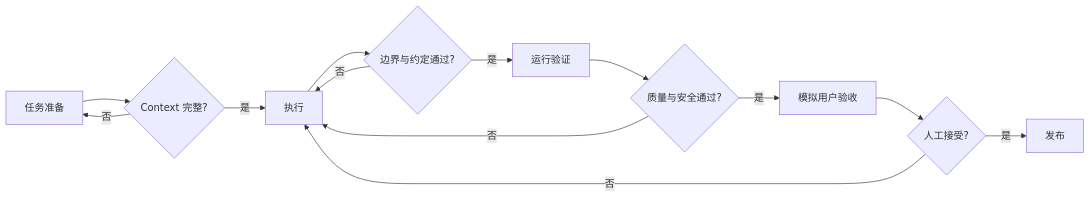
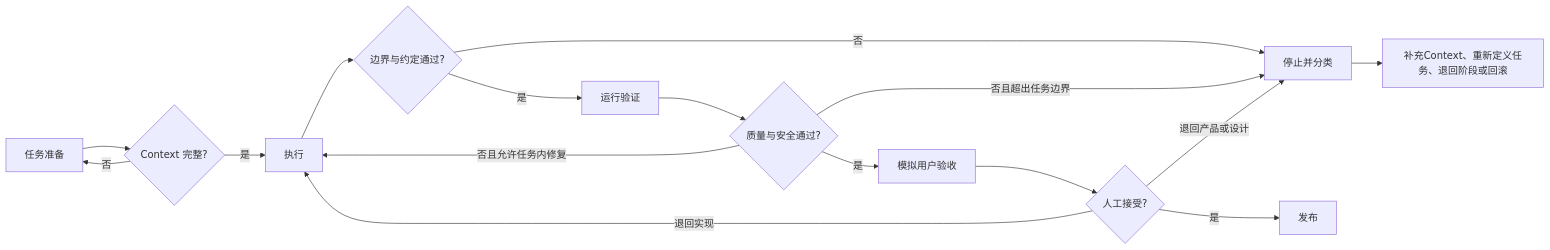
One commit to zhidao-studio/ai-product-engineering-framework changed the fourth of 4 diagrams in 05_Harness工程/执行控制与检查关卡.md. Above: the diagram before and after it, drawn with Mermaid. The commit also changed other lines of this file and 2 other files, not shown here.

````diff
--- a/05_Harness工程/执行控制与检查关卡.md
+++ b/05_Harness工程/执行控制与检查关卡.md
@@ -45,15 +105,18 @@
 ```mermaid
 flowchart LR
     A[任务准备] --> G1{Context 完整?}
     G1 -->|否| A
     G1 -->|是| B[执行]
     B --> G2{边界与约定通过?}
-    G2 -->|否| B
+    G2 -->|否| X[停止并分类]
     G2 -->|是| C[运行验证]
     C --> G3{质量与安全通过?}
-    G3 -->|否| B
+    G3 -->|否且允许任务内修复| B
+    G3 -->|否且超出任务边界| X
     G3 -->|是| D[模拟用户验收]
     D --> G4{人工接受?}
-    G4 -->|否| B
+    G4 -->|退回实现| B
+    G4 -->|退回产品或设计| X
     G4 -->|是| E[发布]
+    X --> Y[补充Context、重新定义任务、退回阶段或回滚]
 ```
````
